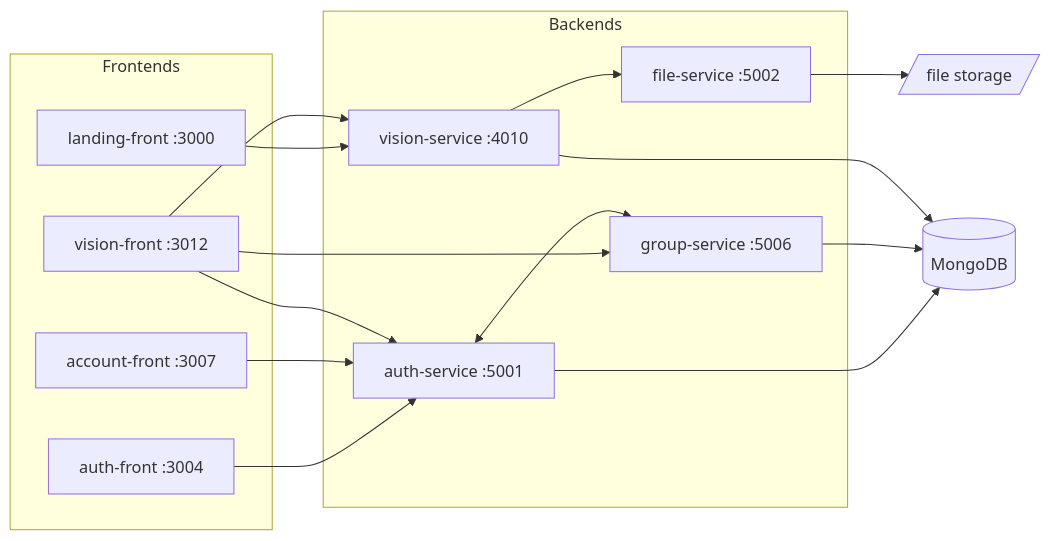
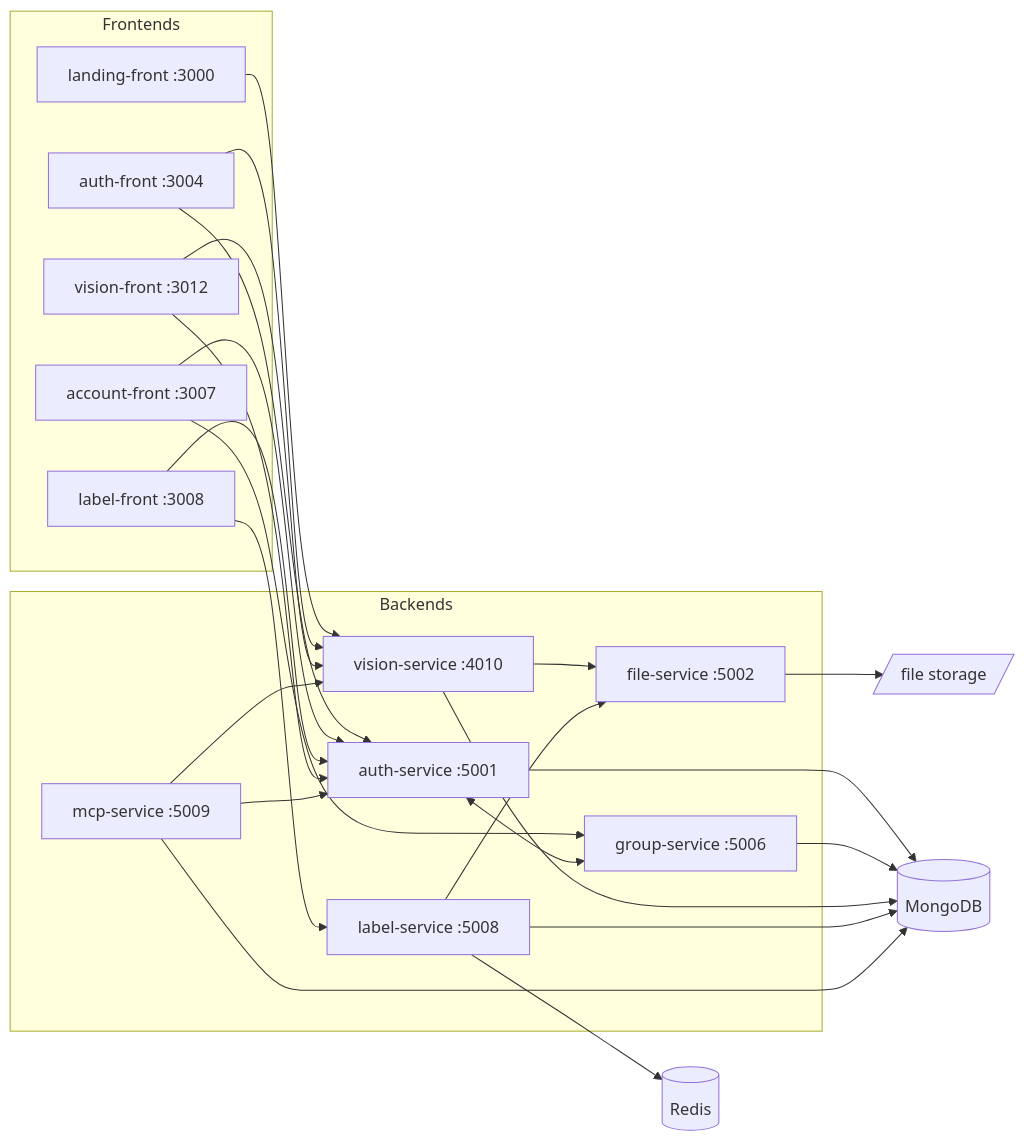
Before and after one commit to visin-platform/visin: the diagram in README.md, drawn with Mermaid. The commit also changed other lines of this file and 38 other files, not shown here.

````diff
--- a/README.md
+++ b/README.md
@@ -11,31 +11,43 @@
 ```mermaid
 graph LR
   subgraph Frontends
     landing["landing-front :3000"]
     authf["auth-front :3004"]
     account["account-front :3007"]
+    labelf["label-front :3008"]
     visionf["vision-front :3012"]
   end
 
   subgraph Backends
+    visions["vision-service :4010"]
     auths["auth-service :5001"]
     files["file-service :5002"]
     groups["group-service :5006"]
-    visions["vision-service :4010"]
+    labels["label-service :5008"]
+    mcps["mcp-service :5009"]
   end
 
   landing --> visions
   authf --> auths
+  authf --> visions
   account --> auths
+  account --> groups
+  labelf --> auths
+  labelf --> labels
+  visionf --> auths
   visionf --> visions
-  visionf --> auths
-  visionf --> groups
 
   auths <--> groups
   visions --> files
+  labels --> files
+  mcps --> visions
+  mcps --> auths
 
   auths --> db[(MongoDB)]
   groups --> db
   visions --> db
+  labels --> db
+  mcps --> db
+  labels --> queue[(Redis)]
   files --> storage[/file storage/]
 ```
````
